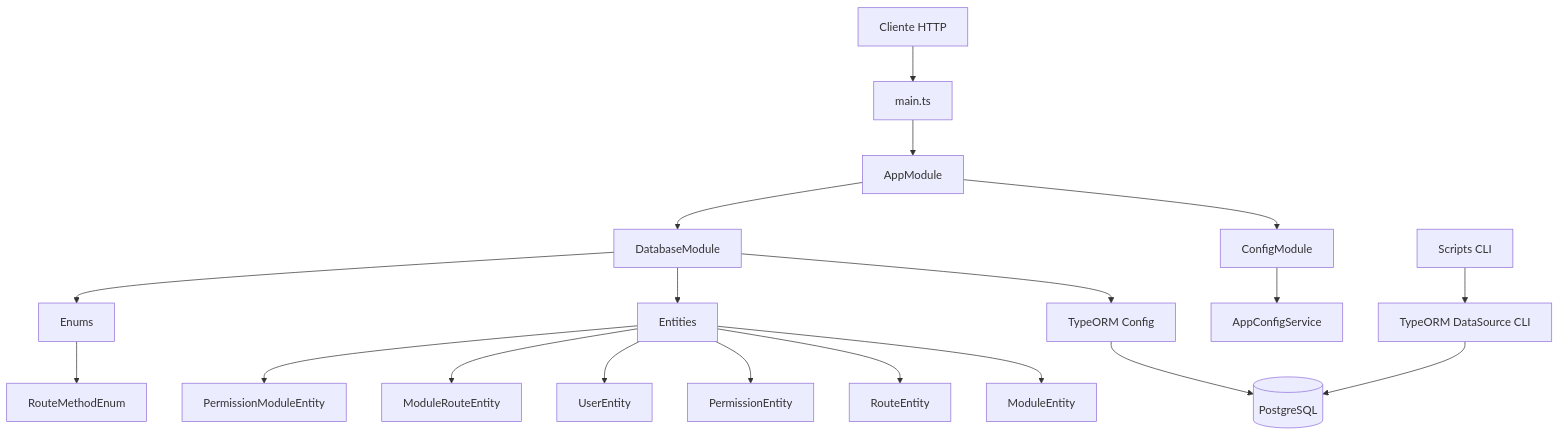
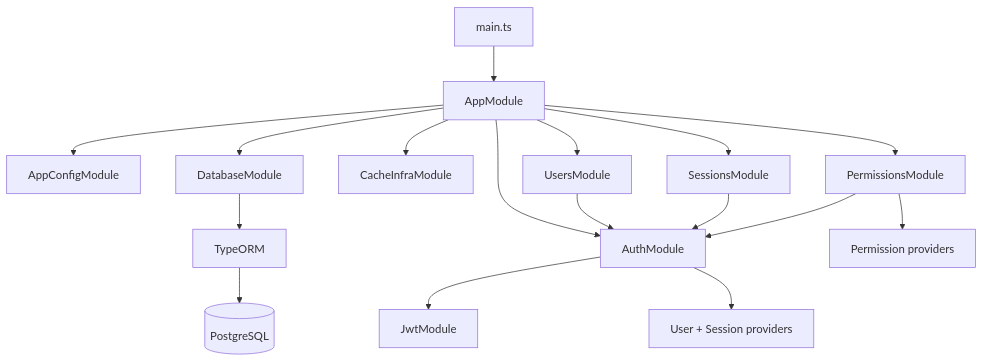
The second of 3 diagrams in docs/diagrams/architecture.md (GustavoSF643/todo-list.api), drawn with Mermaid before and after one commit. The commit also changed other lines of this file and 3 other files, not shown here.

````diff
--- a/docs/diagrams/architecture.md
+++ b/docs/diagrams/architecture.md
@@ -5,24 +23,22 @@
 ```mermaid
 flowchart TD
-  Client[Cliente HTTP] --> Main[main.ts]
-  Main --> AppModule[AppModule]
-  AppModule --> ConfigModule[ConfigModule]
+  Main[main.ts] --> AppModule[AppModule]
+  AppModule --> ConfigModule[AppConfigModule]
   AppModule --> DatabaseModule[DatabaseModule]
-  Scripts[Scripts CLI] --> TypeOrmDataSource[TypeORM DataSource CLI]
+  AppModule --> CacheModule[CacheInfraModule]
+  AppModule --> AuthModule[AuthModule]
+  AppModule --> UsersModule[UsersModule]
+  AppModule --> SessionsModule[SessionsModule]
+  AppModule --> PermissionsModule[PermissionsModule]
 
-  ConfigModule --> AppConfigService[AppConfigService]
-  DatabaseModule --> TypeOrmConfig[TypeORM Config]
-  TypeOrmConfig --> Postgres[(PostgreSQL)]
-  TypeOrmDataSource --> Postgres
-  DatabaseModule --> Entities[Entities]
-  DatabaseModule --> Enums[Enums]
+  UsersModule --> AuthModule
+  SessionsModule --> AuthModule
+  PermissionsModule --> AuthModule
 
-  Entities --> ModuleEntity[ModuleEntity]
-  Entities --> RouteEntity[RouteEntity]
-  Entities --> PermissionEntity[PermissionEntity]
-  Entities --> UserEntity[UserEntity]
-  Entities --> ModuleRouteEntity[ModuleRouteEntity]
-  Entities --> PermissionModuleEntity[PermissionModuleEntity]
+  AuthModule --> JwtModule[JwtModule]
+  AuthModule --> UserProviders[User + Session providers]
+  PermissionsModule --> PermissionProviders[Permission providers]
 
-  Enums --> RouteMethodEnum[RouteMethodEnum]
+  DatabaseModule --> TypeORM[TypeORM]
+  TypeORM --> Postgres[(PostgreSQL)]
 ```
````
